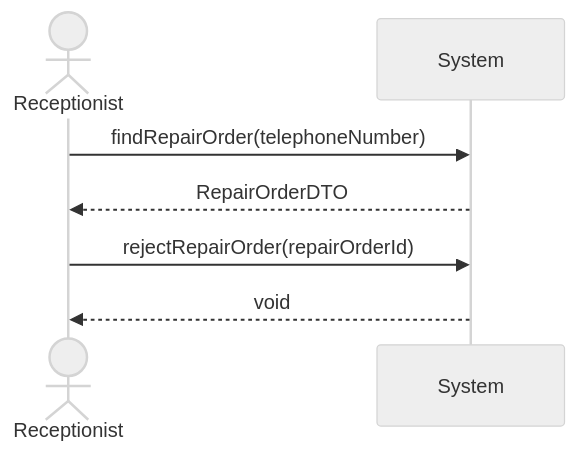
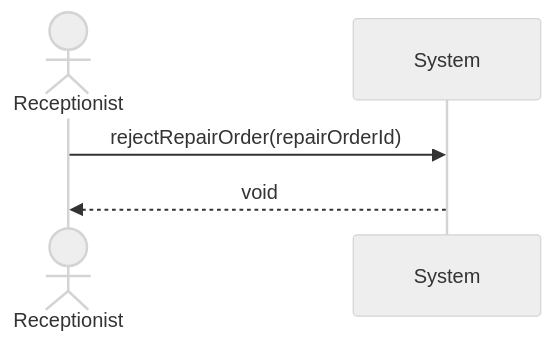
Before and after one commit to mo-mosverkstad/java-learning: the tenth of 10 diagrams in maven-projects/ElectricBikeRepair/README.md, drawn with Mermaid (neutral theme). The commit also changed other lines of this file, not shown here.

````diff
--- a/maven-projects/ElectricBikeRepair/README.md
+++ b/maven-projects/ElectricBikeRepair/README.md
@@ -392,10 +444,8 @@
 ```mermaid
 sequenceDiagram
     actor Receptionist
     participant System
 
-    Receptionist ->> System: findRepairOrder(telephoneNumber)
-    System -->> Receptionist: RepairOrderDTO
     Receptionist ->> System: rejectRepairOrder(repairOrderId)
     System -->> Receptionist: void
 ```
````
